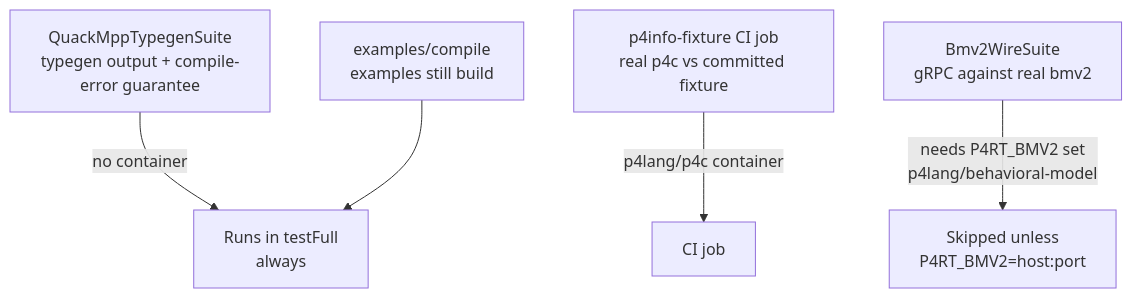
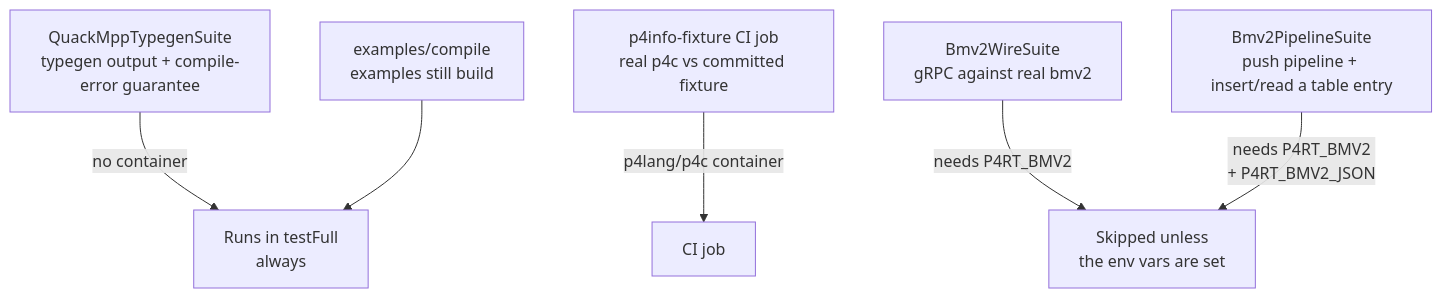
The fourth of 4 diagrams in ARCHITECTURE.md (oluies/P4R-Type), drawn with Mermaid before and after one commit. The commit also changed other lines of this file and 4 other files, not shown here.

````diff
--- a/ARCHITECTURE.md
+++ b/ARCHITECTURE.md
@@ -147,12 +148,14 @@
 ```mermaid
 graph TD
   t1["QuackMppTypegenSuite<br/>typegen output + compile-error guarantee"]
   t2["p4info-fixture CI job<br/>real p4c vs committed fixture"]
   t3["Bmv2WireSuite<br/>gRPC against real bmv2"]
   t4["examples/compile<br/>examples still build"]
+  t5["Bmv2PipelineSuite<br/>push pipeline + insert/read a table entry"]
 
   t1 -->|"no container"| fast["Runs in testFull<br/>always"]
   t4 --> fast
   t2 -->|"p4lang/p4c container"| ci["CI job"]
-  t3 -->|"needs P4RT_BMV2 set<br/>p4lang/behavioral-model"| opt["Skipped unless<br/>P4RT_BMV2=host:port"]
+  t3 -->|"needs P4RT_BMV2"| opt["Skipped unless<br/>the env vars are set"]
+  t5 -->|"needs P4RT_BMV2<br/>+ P4RT_BMV2_JSON"| opt
 ```
````
